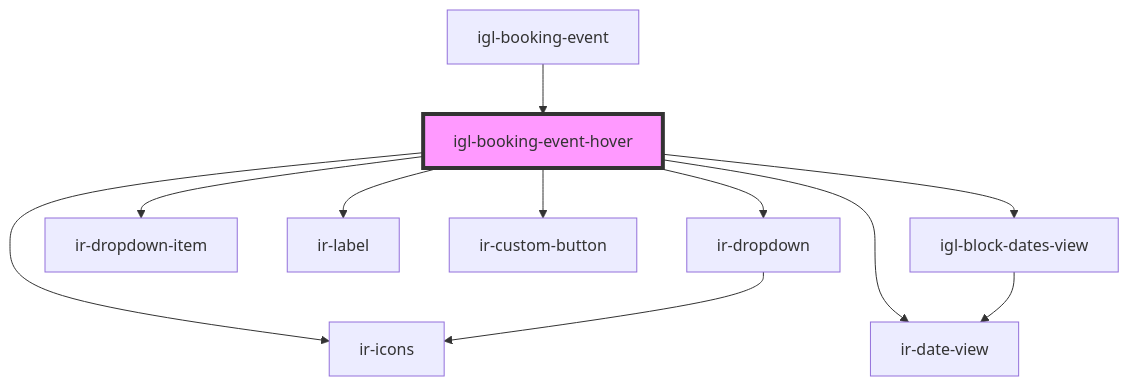
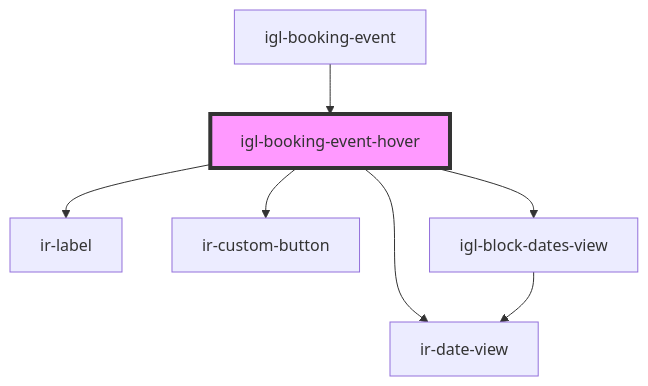
Before and after one commit to RonyRizk/ir-webcmp: the diagram in src/components/igloo-calendar/igl-booking-event-hover/readme.md, drawn with Mermaid. The commit also changed other lines of this file and 857 other files, not shown here.

````diff
--- a/src/components/igloo-calendar/igl-booking-event-hover/readme.md
+++ b/src/components/igloo-calendar/igl-booking-event-hover/readme.md
@@ -48,14 +42,10 @@
 ```mermaid
 graph TD;
-  igl-booking-event-hover --> ir-dropdown
-  igl-booking-event-hover --> ir-icons
-  igl-booking-event-hover --> ir-dropdown-item
   igl-booking-event-hover --> ir-date-view
   igl-booking-event-hover --> ir-label
   igl-booking-event-hover --> ir-custom-button
   igl-booking-event-hover --> igl-block-dates-view
-  ir-dropdown --> ir-icons
   igl-block-dates-view --> ir-date-view
   igl-booking-event --> igl-booking-event-hover
   style igl-booking-event-hover fill:#f9f,stroke:#333,stroke-width:4px
 ```
````
